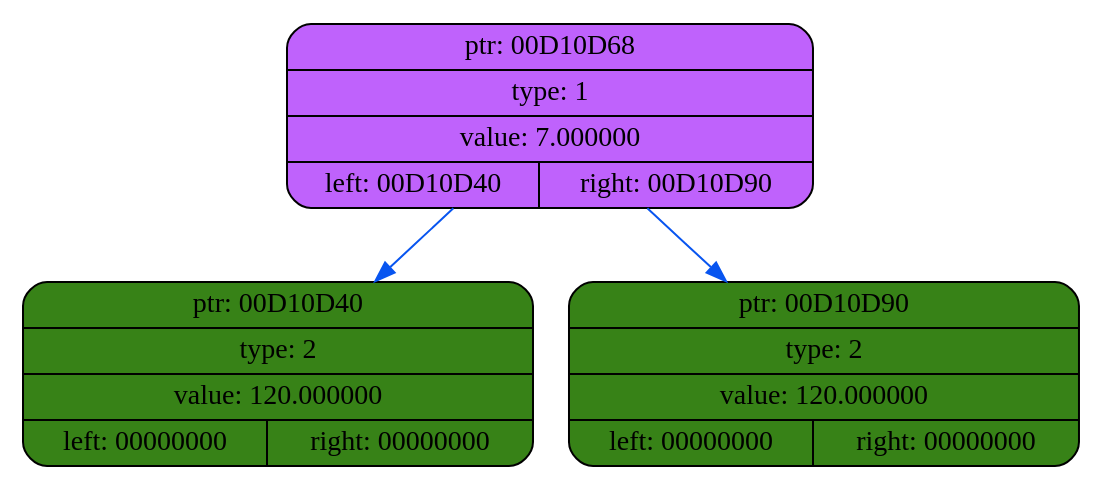
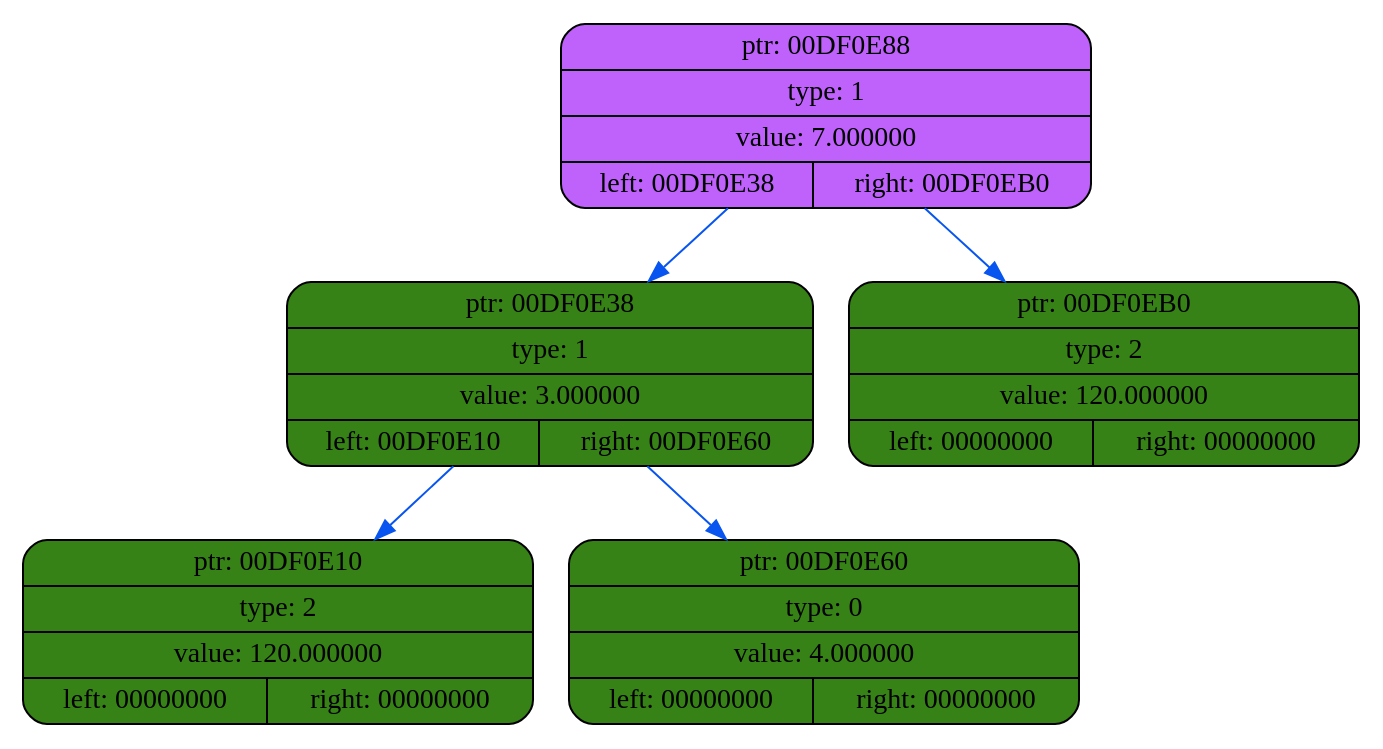
The diagram in dump/dump1.dot (coffee8cat/differentiator), drawn with Graphviz before and after one commit. The commit also changed 22 other files, not shown here.

```diff
--- a/dump/dump1.dot
+++ b/dump/dump1.dot
@@ -1,10 +1,14 @@
 digraph
 {
     rankdir=TP
 
-        node00D10D68[shape=record,style="rounded,filled",fillcolor="#BF62FC",label="{ ptr: 00D10D68 | type: 1 | value: 7.000000| { left: 00D10D40 | right: 00D10D90 }}"];
-    node00D10D68 -> node00D10D40[color="#0855F0"]
-    node00D10D40[shape=record,style="rounded,filled",fillcolor="#378217",label="{ ptr: 00D10D40 | type: 2 | value: 120.000000| { left: 00000000 | right: 00000000 }}"];
-    node00D10D68 -> node00D10D90[color="#0855F0"]
-    node00D10D90[shape=record,style="rounded,filled",fillcolor="#378217",label="{ ptr: 00D10D90 | type: 2 | value: 120.000000| { left: 00000000 | right: 00000000 }}"];
+        node00DF0E88[shape=record,style="rounded,filled",fillcolor="#BF62FC",label="{ ptr: 00DF0E88 | type: 1 | value: 7.000000| { left: 00DF0E38 | right: 00DF0EB0 }}"];
+    node00DF0E88 -> node00DF0E38[color="#0855F0"]
+    node00DF0E38[shape=record,style="rounded,filled",fillcolor="#378217",label="{ ptr: 00DF0E38 | type: 1 | value: 3.000000| { left: 00DF0E10 | right: 00DF0E60 }}"];
+    node00DF0E38 -> node00DF0E10[color="#0855F0"]
+    node00DF0E10[shape=record,style="rounded,filled",fillcolor="#378217",label="{ ptr: 00DF0E10 | type: 2 | value: 120.000000| { left: 00000000 | right: 00000000 }}"];
+    node00DF0E38 -> node00DF0E60[color="#0855F0"]
+    node00DF0E60[shape=record,style="rounded,filled",fillcolor="#378217",label="{ ptr: 00DF0E60 | type: 0 | value: 4.000000| { left: 00000000 | right: 00000000 }}"];
+    node00DF0E88 -> node00DF0EB0[color="#0855F0"]
+    node00DF0EB0[shape=record,style="rounded,filled",fillcolor="#378217",label="{ ptr: 00DF0EB0 | type: 2 | value: 120.000000| { left: 00000000 | right: 00000000 }}"];
 }
```
